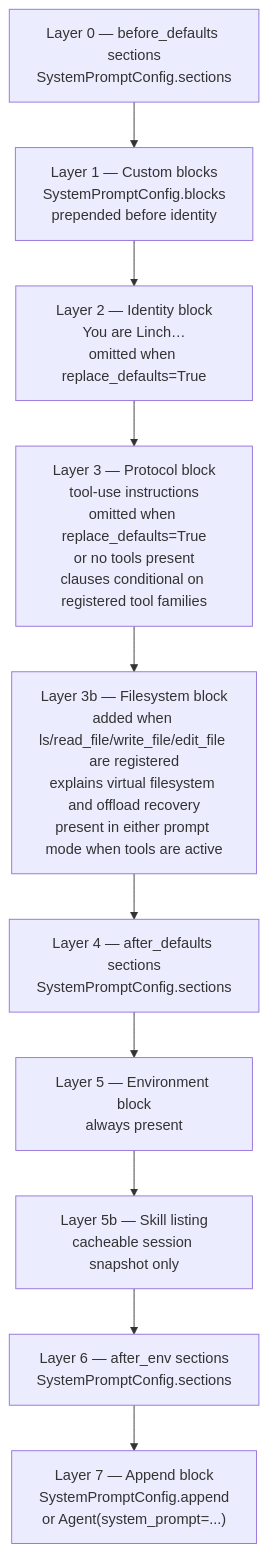
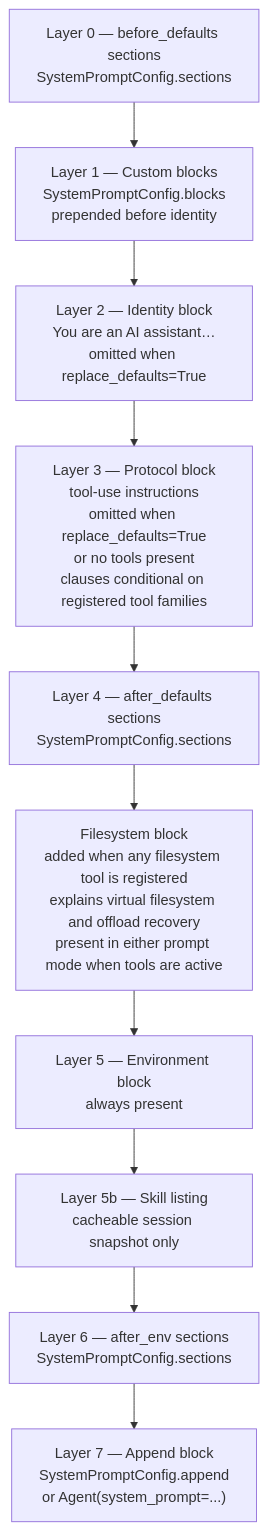
The diagram in docs/architecture/system-prompt.md (DuyTa506/linch), drawn with Mermaid before and after one commit. The commit also changed other lines of this file and 45 other files, not shown here.

````diff
--- a/docs/architecture/system-prompt.md
+++ b/docs/architecture/system-prompt.md
@@ -16,15 +18,15 @@
 ```mermaid
 flowchart TD
     L0["Layer 0 — before_defaults sections\nSystemPromptConfig.sections"]
     L1["Layer 1 — Custom blocks\nSystemPromptConfig.blocks\nprepended before identity"]
-    L2["Layer 2 — Identity block\nYou are Linch…\nomitted when replace_defaults=True"]
+    L2["Layer 2 — Identity block\nYou are an AI assistant…\nomitted when replace_defaults=True"]
     L3["Layer 3 — Protocol block\ntool-use instructions\nomitted when replace_defaults=True\nor no tools present\nclauses conditional on registered tool families"]
-    LFS["Layer 3b — Filesystem block\nadded when ls/read_file/write_file/edit_file are registered\nexplains virtual filesystem and offload recovery\npresent in either prompt mode when tools are active"]
+    LFS["Filesystem block\nadded when any filesystem tool is registered\nexplains virtual filesystem and offload recovery\npresent in either prompt mode when tools are active"]
     L4["Layer 4 — after_defaults sections\nSystemPromptConfig.sections"]
     L5["Layer 5 — Environment block\nalways present"]
     LS["Layer 5b — Skill listing\ncacheable session snapshot only"]
     L6["Layer 6 — after_env sections\nSystemPromptConfig.sections"]
     L7["Layer 7 — Append block\nSystemPromptConfig.append\nor Agent(system_prompt=...)"]
 
-    L0 --> L1 --> L2 --> L3 --> LFS --> L4 --> L5 --> LS --> L6 --> L7
+    L0 --> L1 --> L2 --> L3 --> L4 --> LFS --> L5 --> LS --> L6 --> L7
 ```
````
